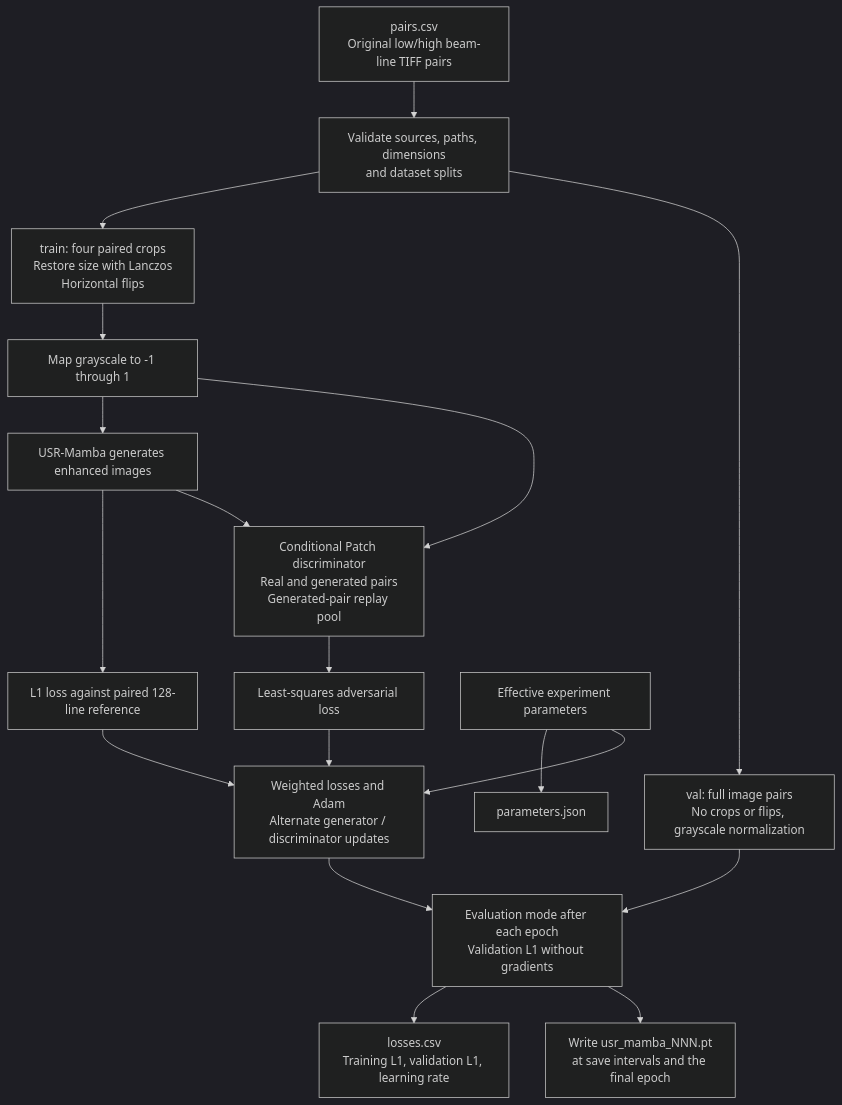
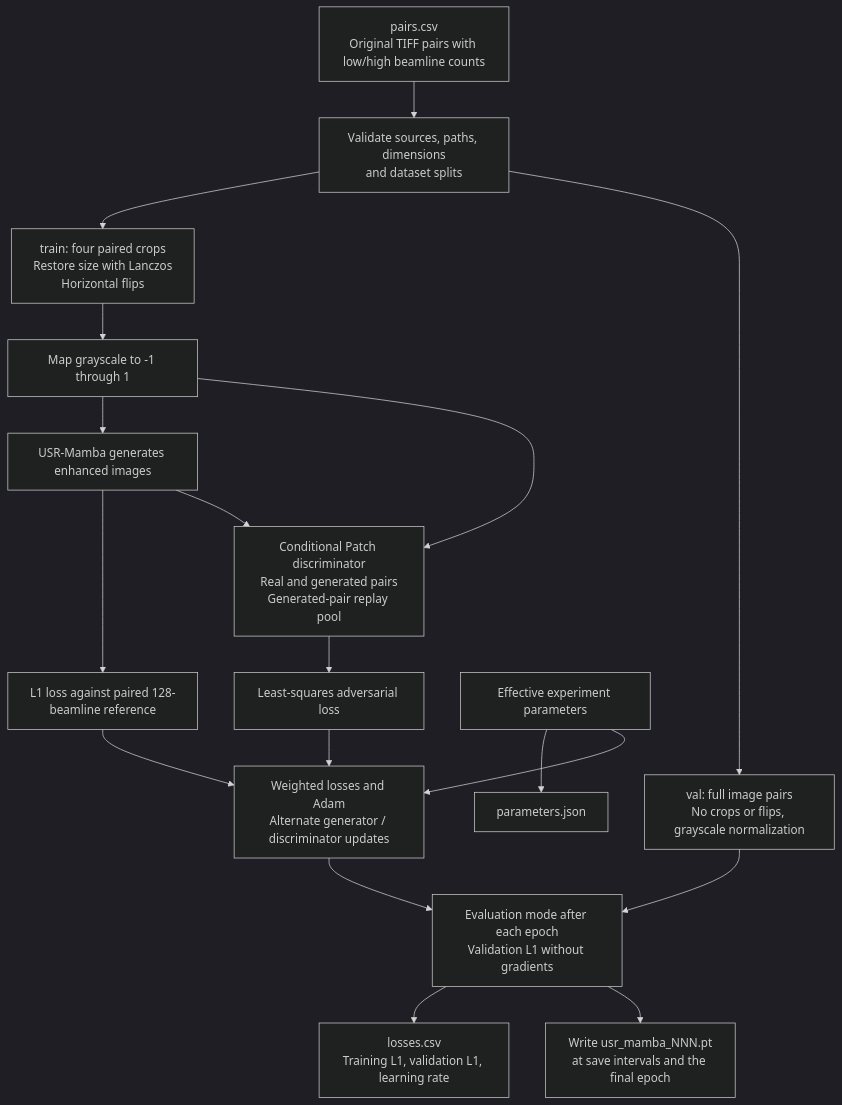
Before and after one commit to LumaVistaLab/hevc-ksvd-mamba-for-ultrasound: the fifth of 7 diagrams in README.md, drawn with Mermaid (dark theme). The commit also changed other lines of this file and 2 other files, not shown here.

````diff
--- a/README.md
+++ b/README.md
@@ -476,20 +476,20 @@
 ```mermaid
 flowchart TD
-    Manifest["pairs.csv<br/>Original low/high beam-line TIFF pairs"] --> Check["Validate sources, paths, dimensions<br/>and dataset splits"]
+    Manifest["pairs.csv<br/>Original TIFF pairs with low/high beamline counts"] --> Check["Validate sources, paths, dimensions<br/>and dataset splits"]
     Check --> Train["train: four paired crops<br/>Restore size with Lanczos<br/>Horizontal flips"]
     Train --> Normalize["Map grayscale to -1 through 1"]
     Normalize --> Generator["USR-Mamba generates enhanced images"]
-    Generator --> L1["L1 loss against paired 128-line reference"]
+    Generator --> L1["L1 loss against paired 128-beamline reference"]
     Normalize --> Discriminator["Conditional Patch discriminator<br/>Real and generated pairs<br/>Generated-pair replay pool"]
     Generator --> Discriminator
     Discriminator --> Adversarial["Least-squares adversarial loss"]
     L1 --> Update["Weighted losses and Adam<br/>Alternate generator / discriminator updates"]
     Adversarial --> Update
     Check --> Validation["val: full image pairs<br/>No crops or flips, grayscale normalization"]
     Update --> Validate["Evaluation mode after each epoch<br/>Validation L1 without gradients"]
     Validation --> Validate
     Validate --> Logs["losses.csv<br/>Training L1, validation L1, learning rate"]
     Validate --> Save["Write usr_mamba_NNN.pt<br/>at save intervals and the final epoch"]
     Parameters["Effective experiment parameters"] --> Config["parameters.json"]
     Parameters --> Update
 ```
````
